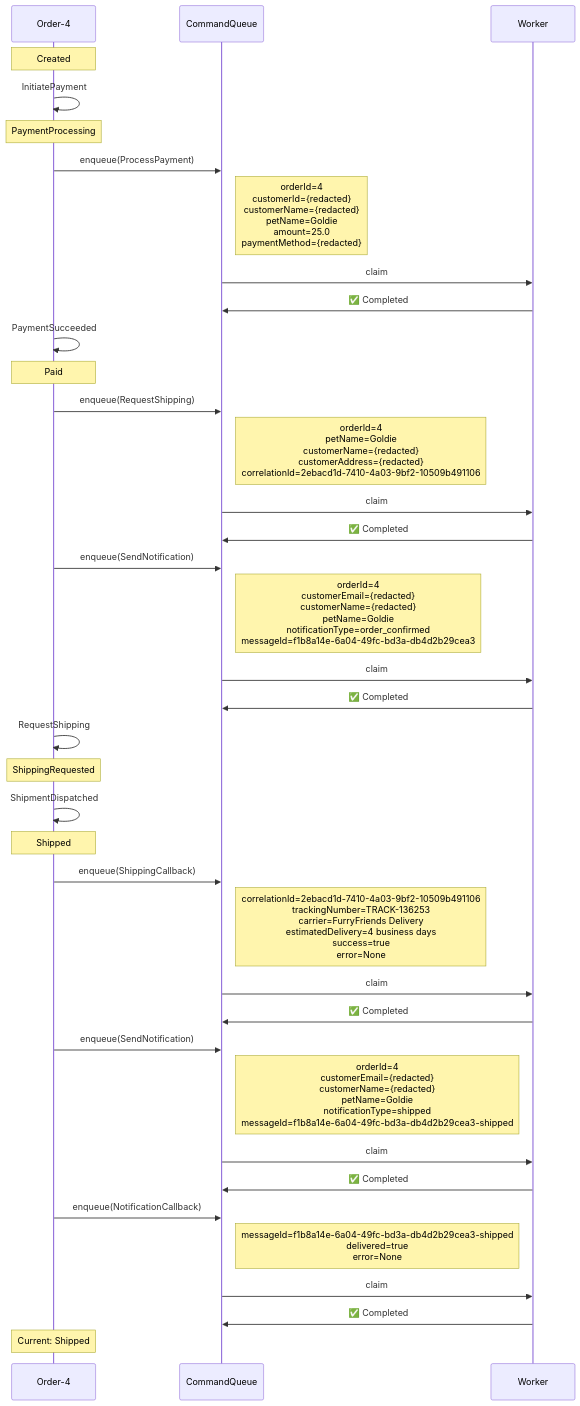
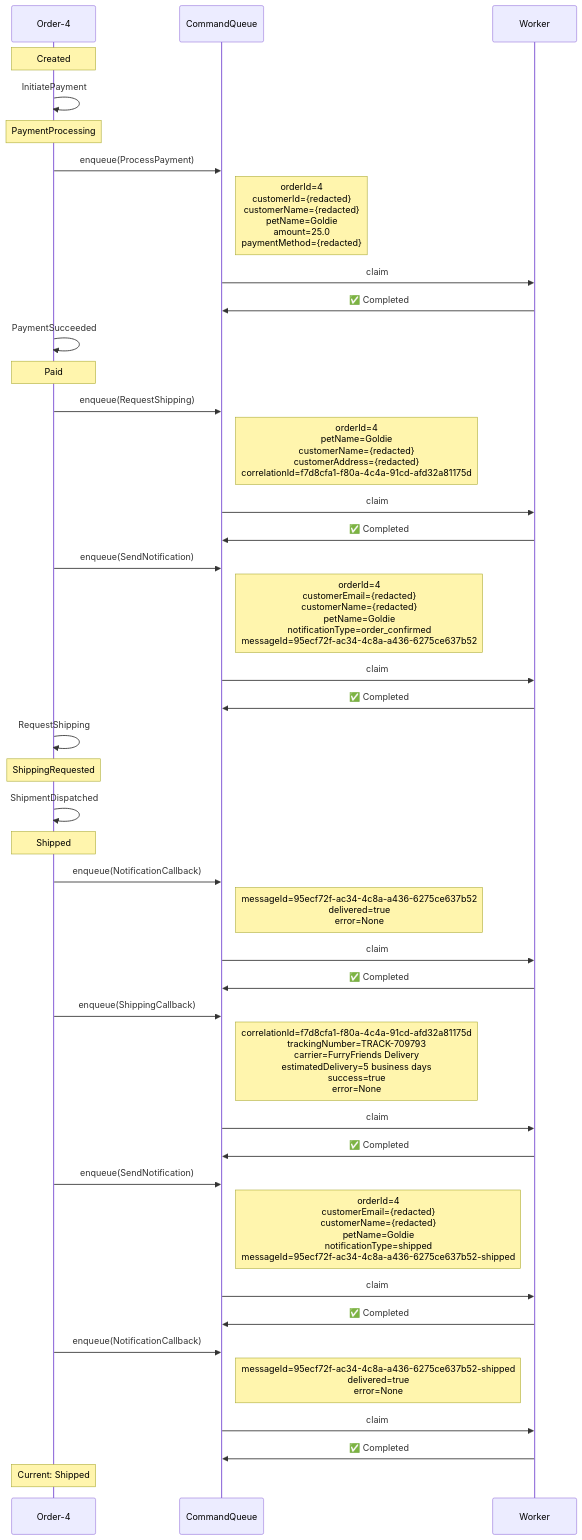
Before and after one commit to Iterable/mechanoid: the first of 3 diagrams in docs/visualizations/order-4-trace.md, drawn with Mermaid. The commit also changed other lines of this file and 6 other files, not shown here.

````diff
--- a/docs/visualizations/order-4-trace.md
+++ b/docs/visualizations/order-4-trace.md
@@ -11,41 +11,46 @@
 ```mermaid
+%%{init: {'themeCSS': '.noteText { text-align: left !important; }'}}%%
 sequenceDiagram
     participant FSM as Order-4
     participant CQ as CommandQueue
     participant W as Worker
 
     Note over FSM: Created
     FSM->>FSM: InitiatePayment
     Note over FSM: PaymentProcessing
     FSM->>CQ: enqueue(ProcessPayment)
     Note right of CQ: orderId=4<br/>customerId={redacted}<br/>customerName={redacted}<br/>petName=Goldie<br/>amount=25.0<br/>paymentMethod={redacted}
     CQ->>W: claim
     W->>CQ: ✅ Completed
     FSM->>FSM: PaymentSucceeded
     Note over FSM: Paid
     FSM->>CQ: enqueue(RequestShipping)
-    Note right of CQ: orderId=4<br/>petName=Goldie<br/>customerName={redacted}<br/>customerAddress={redacted}<br/>correlationId=2ebacd1d-7410-4a03-9bf2-10509b491106
+    Note right of CQ: orderId=4<br/>petName=Goldie<br/>customerName={redacted}<br/>customerAddress={redacted}<br/>correlationId=f7d8cfa1-f80a-4c4a-91cd-afd32a81175d
     CQ->>W: claim
     W->>CQ: ✅ Completed
     FSM->>CQ: enqueue(SendNotification)
-    Note right of CQ: orderId=4<br/>customerEmail={redacted}<br/>customerName={redacted}<br/>petName=Goldie<br/>notificationType=order_confirmed<br/>messageId=f1b8a14e-6a04-49fc-bd3a-db4d2b29cea3
+    Note right of CQ: orderId=4<br/>customerEmail={redacted}<br/>customerName={redacted}<br/>petName=Goldie<br/>notificationType=order_confirmed<br/>messageId=95ecf72f-ac34-4c8a-a436-6275ce637b52
     CQ->>W: claim
     W->>CQ: ✅ Completed
     FSM->>FSM: RequestShipping
     Note over FSM: ShippingRequested
     FSM->>FSM: ShipmentDispatched
     Note over FSM: Shipped
+    FSM->>CQ: enqueue(NotificationCallback)
+    Note right of CQ: messageId=95ecf72f-ac34-4c8a-a436-6275ce637b52<br/>delivered=true<br/>error=None
+    CQ->>W: claim
+    W->>CQ: ✅ Completed
     FSM->>CQ: enqueue(ShippingCallback)
-    Note right of CQ: correlationId=2ebacd1d-7410-4a03-9bf2-10509b491106<br/>trackingNumber=TRACK-136253<br/>carrier=FurryFriends Delivery<br/>estimatedDelivery=4 business days<br/>success=true<br/>error=None
+    Note right of CQ: correlationId=f7d8cfa1-f80a-4c4a-91cd-afd32a81175d<br/>trackingNumber=TRACK-709793<br/>carrier=FurryFriends Delivery<br/>estimatedDelivery=5 business days<br/>success=true<br/>error=None
     CQ->>W: claim
     W->>CQ: ✅ Completed
     FSM->>CQ: enqueue(SendNotification)
-    Note right of CQ: orderId=4<br/>customerEmail={redacted}<br/>customerName={redacted}<br/>petName=Goldie<br/>notificationType=shipped<br/>messageId=f1b8a14e-6a04-49fc-bd3a-db4d2b29cea3-shipped
+    Note right of CQ: orderId=4<br/>customerEmail={redacted}<br/>customerName={redacted}<br/>petName=Goldie<br/>notificationType=shipped<br/>messageId=95ecf72f-ac34-4c8a-a436-6275ce637b52-shipped
     CQ->>W: claim
     W->>CQ: ✅ Completed
     FSM->>CQ: enqueue(NotificationCallback)
-    Note right of CQ: messageId=f1b8a14e-6a04-49fc-bd3a-db4d2b29cea3-shipped<br/>delivered=true<br/>error=None
+    Note right of CQ: messageId=95ecf72f-ac34-4c8a-a436-6275ce637b52-shipped<br/>delivered=true<br/>error=None
     CQ->>W: claim
     W->>CQ: ✅ Completed
     Note over FSM: Current: Shipped
 ```
````
